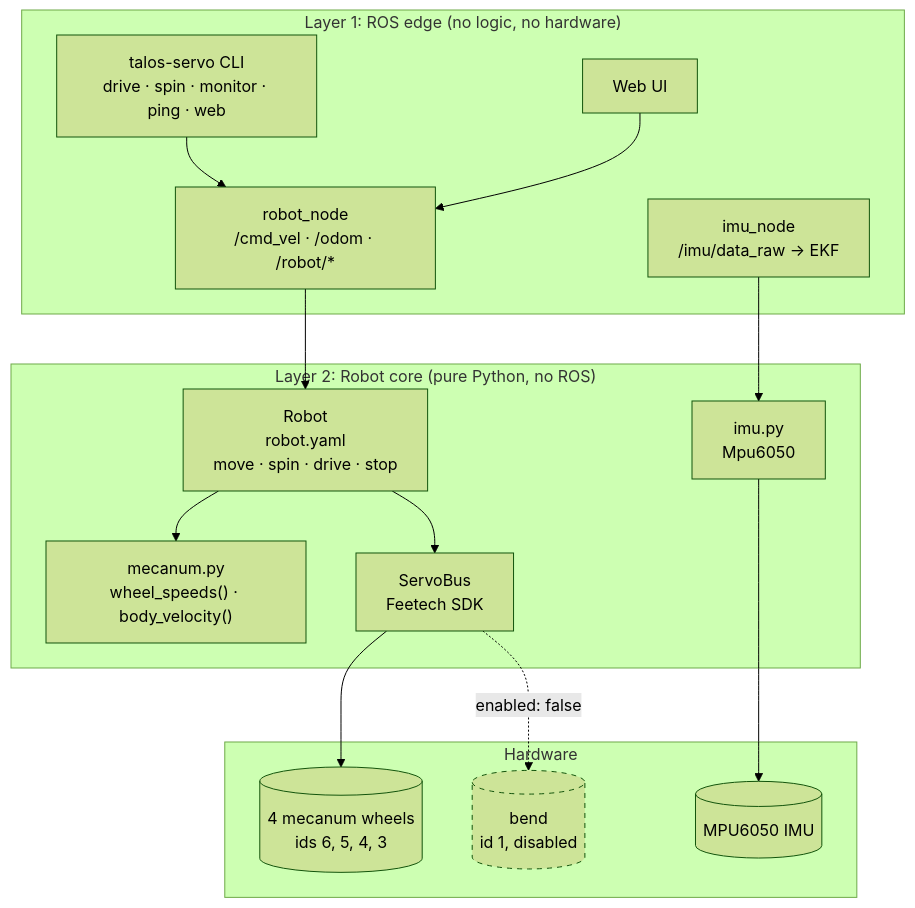
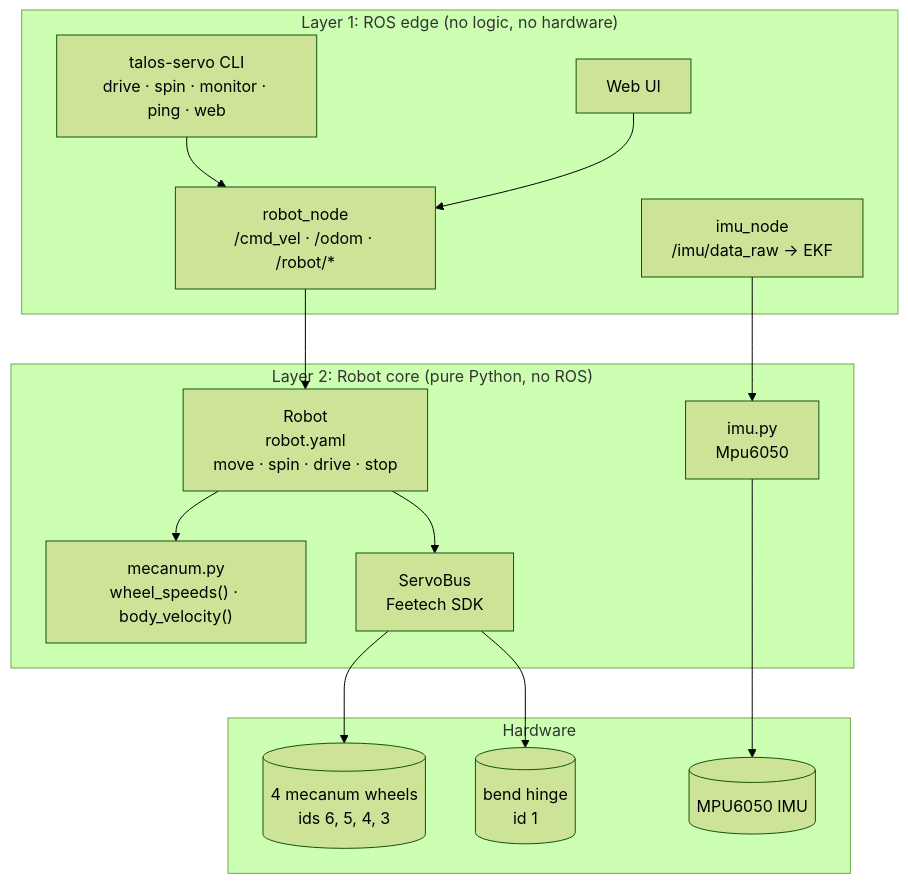
Before and after one commit to Annnnya/talos_hack: the first of 3 diagrams in README.md, drawn with Mermaid (forest theme). The commit also changed other lines of this file and 18 other files, not shown here.

First line of the commit message:
feat: feetech hardware interface with the bend hinge in ros2_control (#109)

````diff
--- a/README.md
+++ b/README.md
@@ -13,30 +13,29 @@
 ```mermaid
 flowchart TB
     subgraph EDGE["Layer 1: ROS edge (no logic, no hardware)"]
         CLI["talos-servo CLI<br/>drive · spin · monitor · ping · web"]
         UI["Web UI"]
         NODE["robot_node<br/>/cmd_vel · /odom · /robot/*"]
         IMUN["imu_node<br/>/imu/data_raw -> EKF"]
     end
     subgraph CORE["Layer 2: Robot core (pure Python, no ROS)"]
         ROBOT["Robot<br/>robot.yaml<br/>move · spin · drive · stop"]
         KIN["mecanum.py<br/>wheel_speeds() · body_velocity()"]
         BUS["ServoBus<br/>Feetech SDK"]
         IMUD["imu.py<br/>Mpu6050"]
     end
     subgraph HW["Hardware"]
         WHEELS[("4 mecanum wheels<br/>ids 6, 5, 4, 3")]
-        BEND[("bend<br/>id 1, disabled")]
+        BEND[("bend hinge<br/>id 1")]
         MPU[("MPU6050 IMU")]
     end
 
     CLI & UI --> NODE
     NODE --> ROBOT
     ROBOT --> KIN
     ROBOT --> BUS
     IMUN --> IMUD
     BUS --> WHEELS
-    BUS -. "enabled: false" .-> BEND
+    BUS --> BEND
     IMUD --> MPU
-    style BEND stroke-dasharray: 5 5
 ```
````
